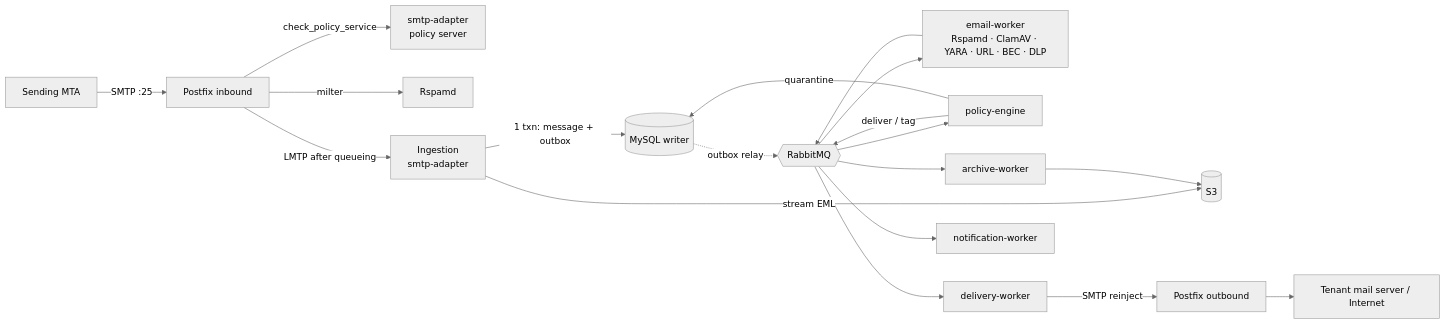
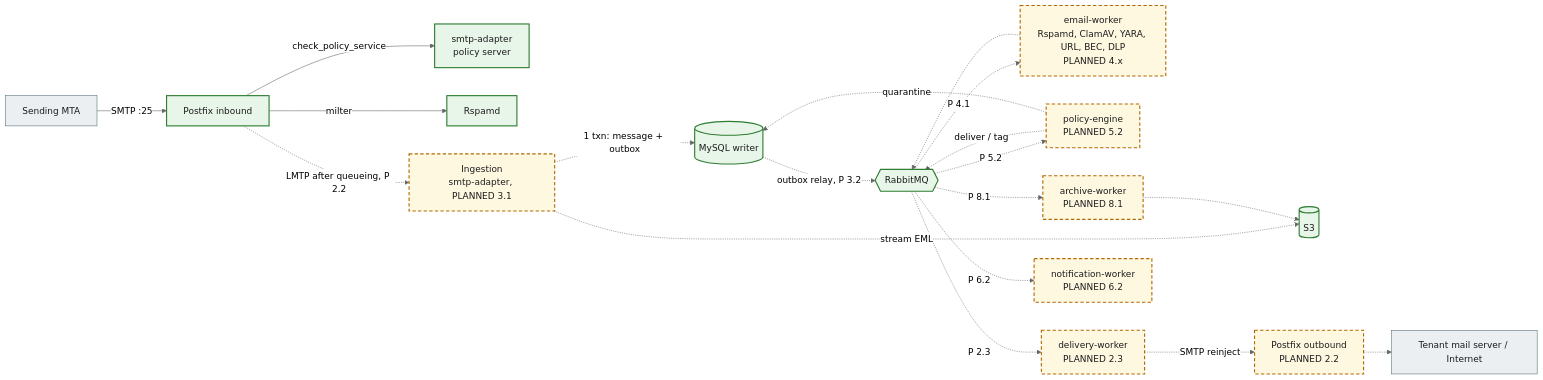
One commit to mnnitsarvesh-ai/email-gateway changed the diagram in docs/architecture/overview.md. Above: the diagram before and after it, drawn with Mermaid (neutral theme). The commit also changed other lines of this file and 126 other files, not shown here.

First line of the commit message:
feat(db): step 1.1 complete MySQL schema with read/write split; step 0.2 architecture docs

````diff
--- a/docs/architecture/overview.md
+++ b/docs/architecture/overview.md
@@ -43,18 +73,25 @@
 ```mermaid
 flowchart LR
-  S[Sending MTA] -->|SMTP :25| PF[Postfix inbound]
-  PF -- check_policy_service --> SA[smtp-adapter<br/>policy server]
-  PF -- milter --> RS[Rspamd]
-  PF -->|LMTP after queueing| ING[Ingestion<br/>smtp-adapter]
-  ING -->|stream EML| S3[(S3)]
-  ING -->|1 txn: message + outbox| DB[(MySQL writer)]
-  DB -.->|outbox relay| MQ{{RabbitMQ}}
-  MQ --> EW[email-worker<br/>Rspamd · ClamAV · YARA · URL · BEC · DLP]
-  EW --> MQ
-  MQ --> PE[policy-engine]
-  PE -->|deliver / tag| MQ
-  PE -->|quarantine| DB
-  MQ --> DW[delivery-worker] -->|SMTP reinject| PO[Postfix outbound] --> T[Tenant mail server / Internet]
-  MQ --> AW[archive-worker] --> S3
-  MQ --> NW[notification-worker]
+  classDef impl fill:#e8f5e9,stroke:#2e7d32,stroke-width:2px,color:#1b1b1b
+  classDef planned fill:#fff8e1,stroke:#b26a00,stroke-width:2px,stroke-dasharray:6 4,color:#1b1b1b
+  classDef ext fill:#eceff1,stroke:#546e7a,stroke-width:1px,color:#1b1b1b
+
+  S["Sending MTA"]:::ext -->|"SMTP :25"| PF["Postfix inbound"]:::impl
+  PF -->|"check_policy_service"| SA["smtp-adapter<br/>policy server"]:::impl
+  PF -->|"milter"| RS["Rspamd"]:::impl
+  PF -.->|"LMTP after queueing, P 2.2"| ING["Ingestion<br/>smtp-adapter, PLANNED 3.1"]:::planned
+  ING -.->|"stream EML"| S3[("S3")]:::impl
+  ING -.->|"1 txn: message + outbox"| DB[("MySQL writer")]:::impl
+  DB -.->|"outbox relay, P 3.2"| MQ{{"RabbitMQ"}}:::impl
+  MQ -.->|"P 4.1"| EW["email-worker<br/>Rspamd, ClamAV, YARA, URL, BEC, DLP<br/>PLANNED 4.x"]:::planned
+  EW -.-> MQ
+  MQ -.->|"P 5.2"| PE["policy-engine<br/>PLANNED 5.2"]:::planned
+  PE -.->|"deliver / tag"| MQ
+  PE -.->|"quarantine"| DB
+  MQ -.->|"P 2.3"| DW["delivery-worker<br/>PLANNED 2.3"]:::planned
+  DW -.->|"SMTP reinject"| PO["Postfix outbound<br/>PLANNED 2.2"]:::planned
+  PO -.-> T["Tenant mail server / Internet"]:::ext
+  MQ -.->|"P 8.1"| AW["archive-worker<br/>PLANNED 8.1"]:::planned
+  AW -.-> S3
+  MQ -.->|"P 6.2"| NW["notification-worker<br/>PLANNED 6.2"]:::planned
 ```
````
